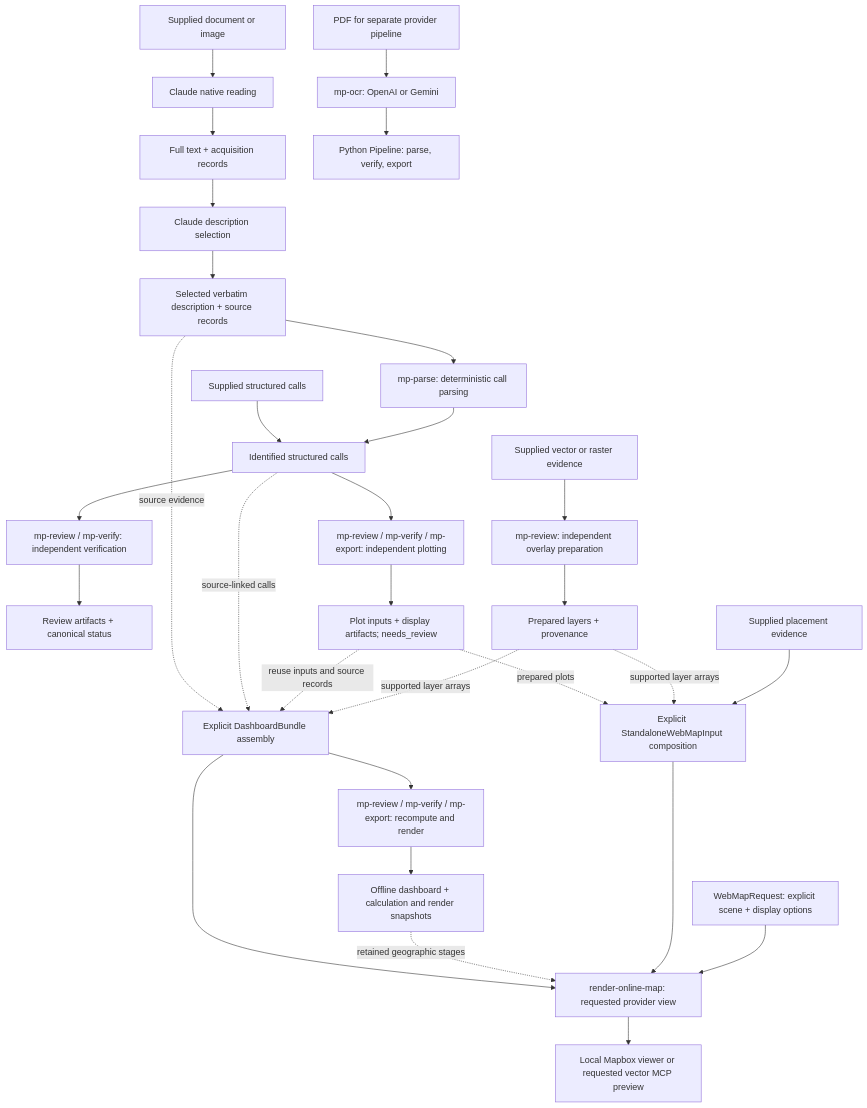
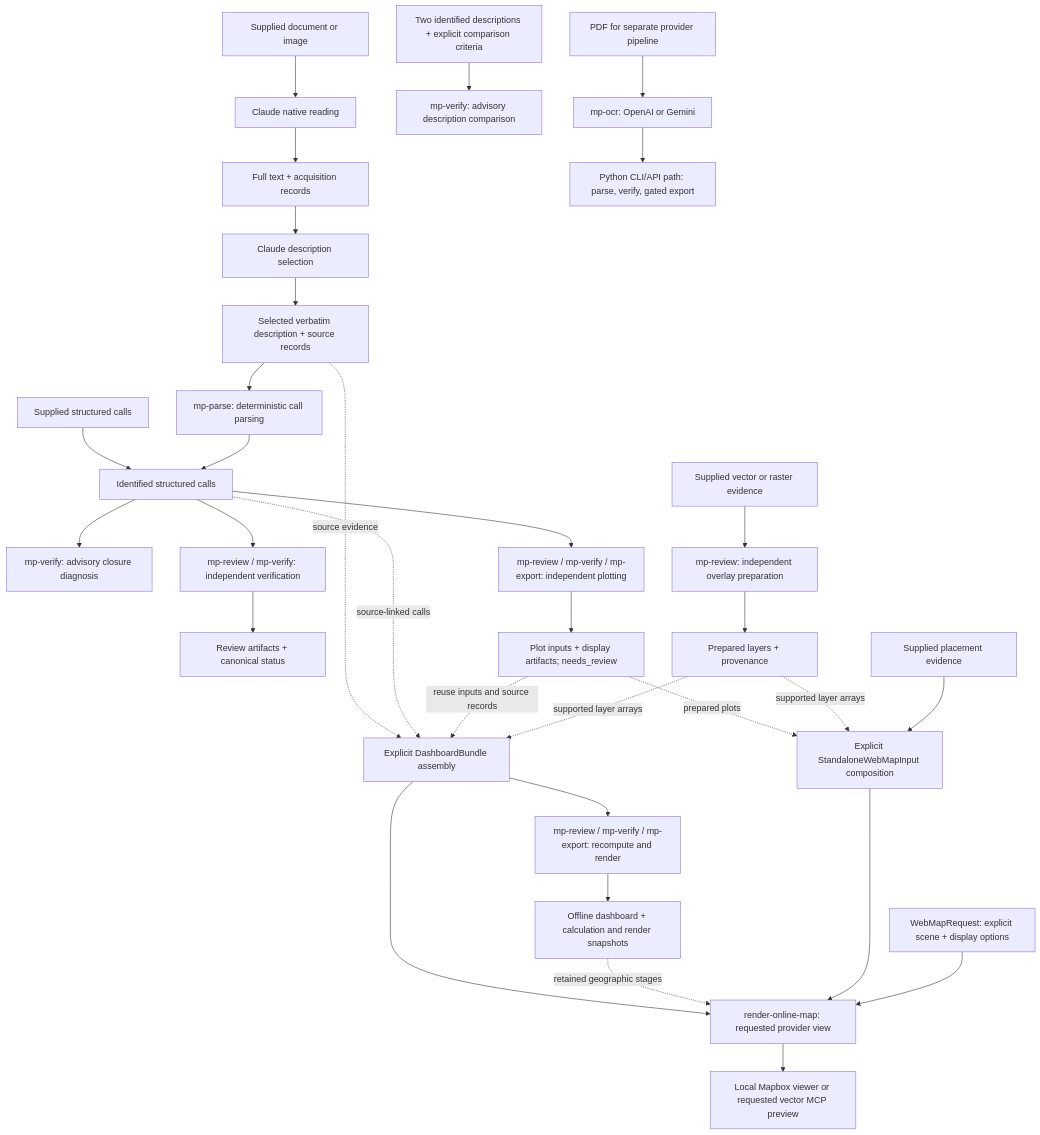
Before and after one commit to domfahey/metesParser: the second of 2 diagrams in docs/ARCHITECTURE.md, drawn with Mermaid. The commit also changed other lines of this file and 65 other files, not shown here.

````diff
--- a/docs/ARCHITECTURE.md
+++ b/docs/ARCHITECTURE.md
@@ -163,32 +166,34 @@
 ```mermaid
 flowchart TD
     document[Supplied document or image] --> native[Claude native reading]
     native --> text[Full text + acquisition records]
     text --> selection[Claude description selection]
     selection --> selected[Selected verbatim description + source records]
     selected --> parse[mp-parse: deterministic call parsing]
     supplied[Supplied structured calls] --> calls[Identified structured calls]
     parse --> calls
+    calls --> diagnosis[mp-verify: advisory closure diagnosis]
+    versions[Two identified descriptions + explicit comparison criteria] --> comparison[mp-verify: advisory description comparison]
     calls --> verify[mp-review / mp-verify: independent verification]
     verify --> checked[Review artifacts + canonical status]
     calls --> plot[mp-review / mp-verify / mp-export: independent plotting]
     plot --> plotted[Plot inputs + display artifacts; needs_review]
     maps[Supplied vector or raster evidence] --> overlay[mp-review: independent overlay preparation]
     overlay --> prepared[Prepared layers + provenance]
     selected -. source evidence .-> assembly[Explicit DashboardBundle assembly]
     calls -. source-linked calls .-> assembly
     plotted -. reuse inputs and source records .-> assembly
     prepared -. supported layer arrays .-> assembly
     assembly --> dashboard[mp-review / mp-verify / mp-export: recompute and render]
     dashboard --> output[Offline dashboard + calculation and render snapshots]
     assembly --> online[render-online-map: requested provider view]
     output -. retained geographic stages .-> online
     plotted -. prepared plots .-> standalone[Explicit StandaloneWebMapInput composition]
     prepared -. supported layer arrays .-> standalone
     placement[Supplied placement evidence] --> standalone
     standalone --> online
     config[WebMapRequest: explicit scene + display options] --> online
     online --> viewer[Local Mapbox viewer or requested vector MCP preview]
     pdf[PDF for separate provider pipeline] --> ocr[mp-ocr: OpenAI or Gemini]
-    ocr --> legacy[Python Pipeline: parse, verify, export]
+    ocr --> legacy[Python CLI/API path: parse, verify, gated export]
 ```
````
